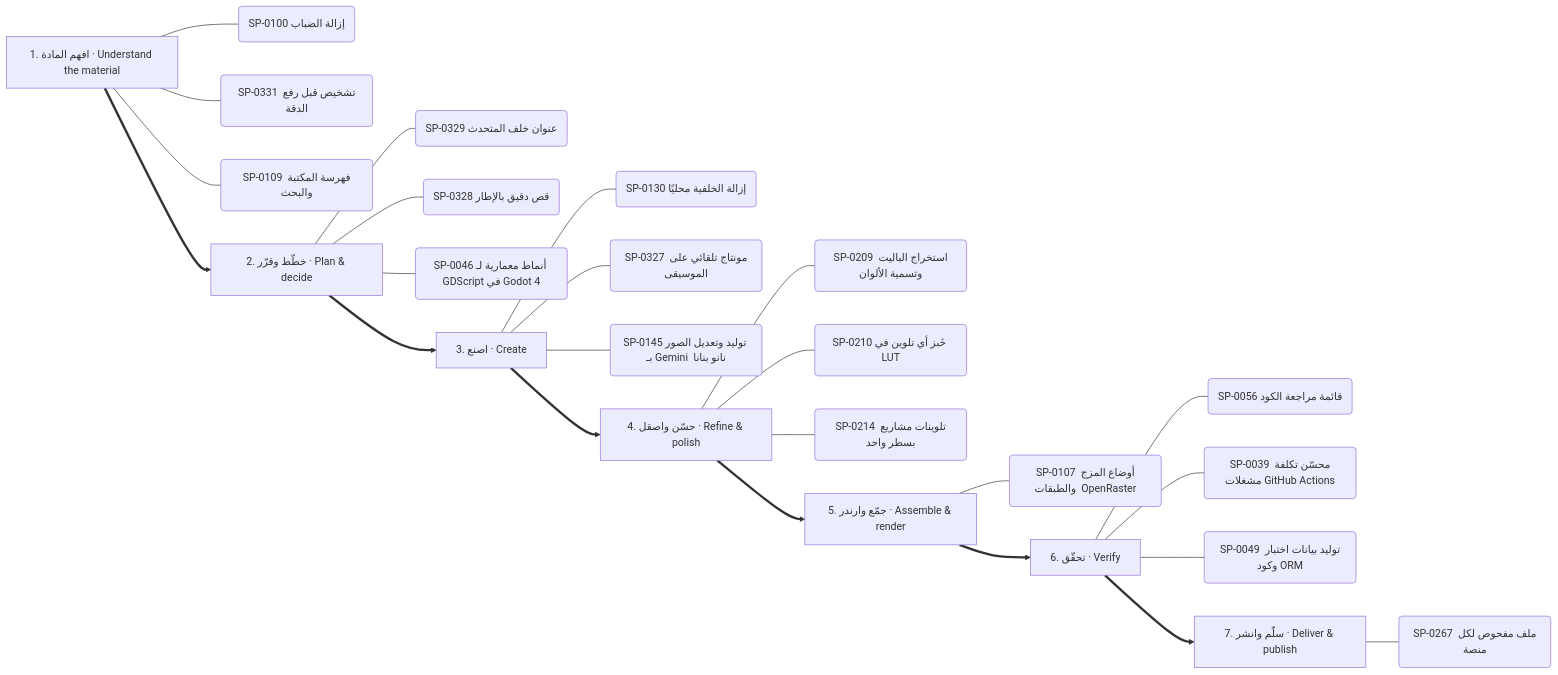
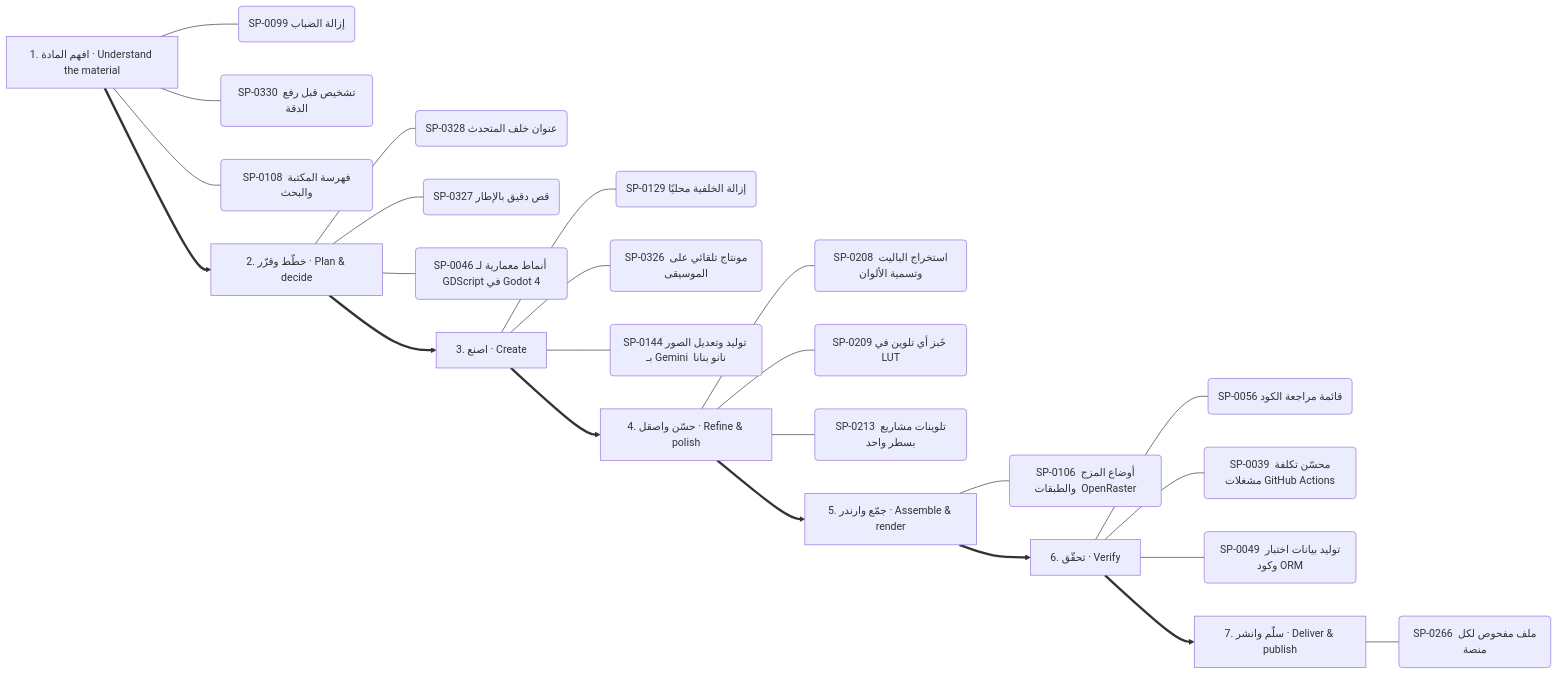
Before and after one commit to kosif199022-jpg/kosif-tool: the seventh of 13 diagrams in .claude/skills/kosif-superpowers/references/capability-mindmap.md, drawn with Mermaid. The commit also changed other lines of this file and 41 other files, not shown here.

````diff
--- a/.claude/skills/kosif-superpowers/references/capability-mindmap.md
+++ b/.claude/skills/kosif-superpowers/references/capability-mindmap.md
@@ -361,33 +362,33 @@
 ```mermaid
 flowchart LR
   S0["1. افهم المادة · Understand the material"]
-  S0 --- S0_0("SP-0100 إزالة الضباب")
-  S0 --- S0_1("SP-0331 تشخيص قبل رفع الدقة")
-  S0 --- S0_2("SP-0109 فهرسة المكتبة والبحث")
+  S0 --- S0_0("SP-0099 إزالة الضباب")
+  S0 --- S0_1("SP-0330 تشخيص قبل رفع الدقة")
+  S0 --- S0_2("SP-0108 فهرسة المكتبة والبحث")
   S1["2. خطّط وقرّر · Plan & decide"]
-  S1 --- S1_0("SP-0329 عنوان خلف المتحدث")
-  S1 --- S1_1("SP-0328 قص دقيق بالإطار")
+  S1 --- S1_0("SP-0328 عنوان خلف المتحدث")
+  S1 --- S1_1("SP-0327 قص دقيق بالإطار")
   S1 --- S1_2("SP-0046 أنماط معمارية لـ GDScript في Godot 4")
   S0 ==> S1
   S2["3. اصنع · Create"]
-  S2 --- S2_0("SP-0130 إزالة الخلفية محليًا")
-  S2 --- S2_1("SP-0327 مونتاج تلقائي على الموسيقى")
-  S2 --- S2_2("SP-0145 توليد وتعديل الصور بـ Gemini  نانو بنانا ")
+  S2 --- S2_0("SP-0129 إزالة الخلفية محليًا")
+  S2 --- S2_1("SP-0326 مونتاج تلقائي على الموسيقى")
+  S2 --- S2_2("SP-0144 توليد وتعديل الصور بـ Gemini  نانو بنانا ")
   S1 ==> S2
   S3["4. حسّن واصقل · Refine & polish"]
-  S3 --- S3_0("SP-0209 استخراج الباليت وتسمية الألوان")
-  S3 --- S3_1("SP-0210 خَبز أي تلوين في LUT")
-  S3 --- S3_2("SP-0214 تلوينات مشاريع بسطر واحد")
+  S3 --- S3_0("SP-0208 استخراج الباليت وتسمية الألوان")
+  S3 --- S3_1("SP-0209 خَبز أي تلوين في LUT")
+  S3 --- S3_2("SP-0213 تلوينات مشاريع بسطر واحد")
   S2 ==> S3
   S4["5. جمّع وارندر · Assemble & render"]
-  S4 --- S4_0("SP-0107 أوضاع المزج والطبقات  OpenRaster ")
+  S4 --- S4_0("SP-0106 أوضاع المزج والطبقات  OpenRaster ")
   S3 ==> S4
   S5["6. تحقّق · Verify"]
   S5 --- S5_0("SP-0056 قائمة مراجعة الكود")
   S5 --- S5_1("SP-0039 محسّن تكلفة مشغلات GitHub Actions")
   S5 --- S5_2("SP-0049 توليد بيانات اختبار وكود ORM")
   S4 ==> S5
   S6["7. سلّم وانشر · Deliver & publish"]
-  S6 --- S6_0("SP-0267 ملف مفحوص لكل منصة")
+  S6 --- S6_0("SP-0266 ملف مفحوص لكل منصة")
   S5 ==> S6
 ```
````
